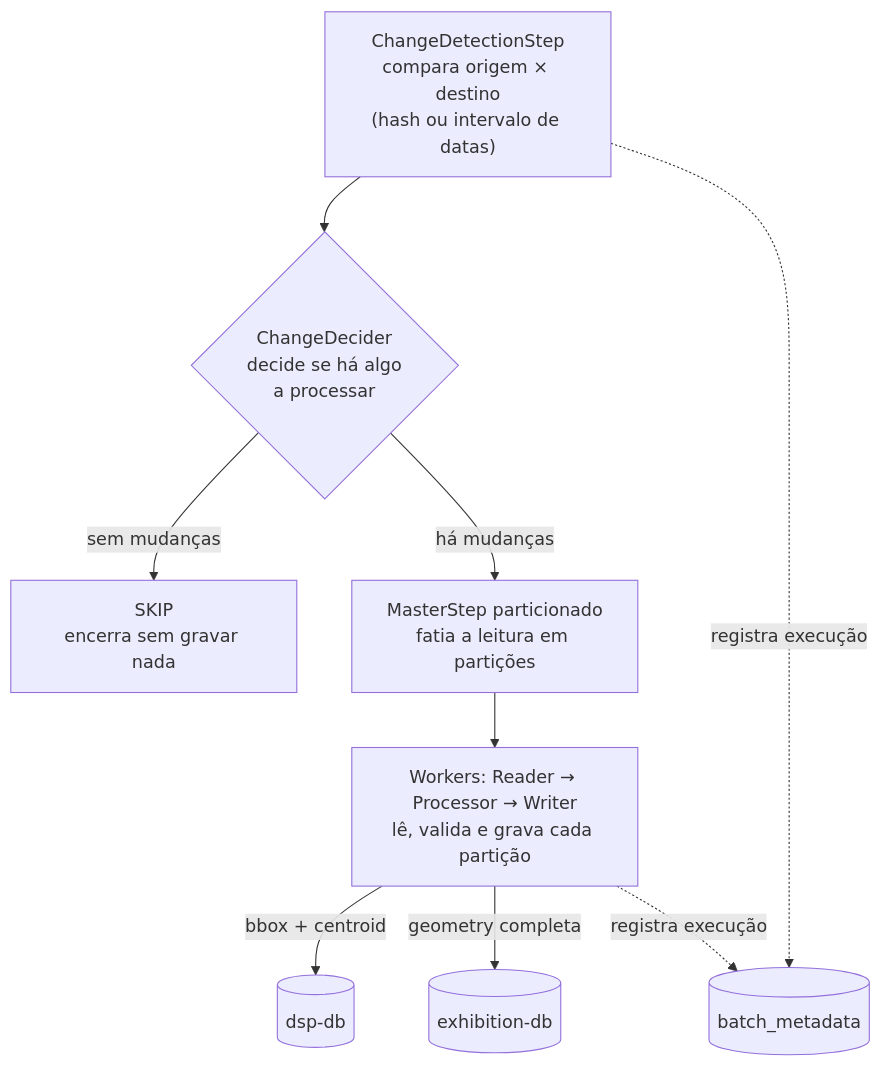
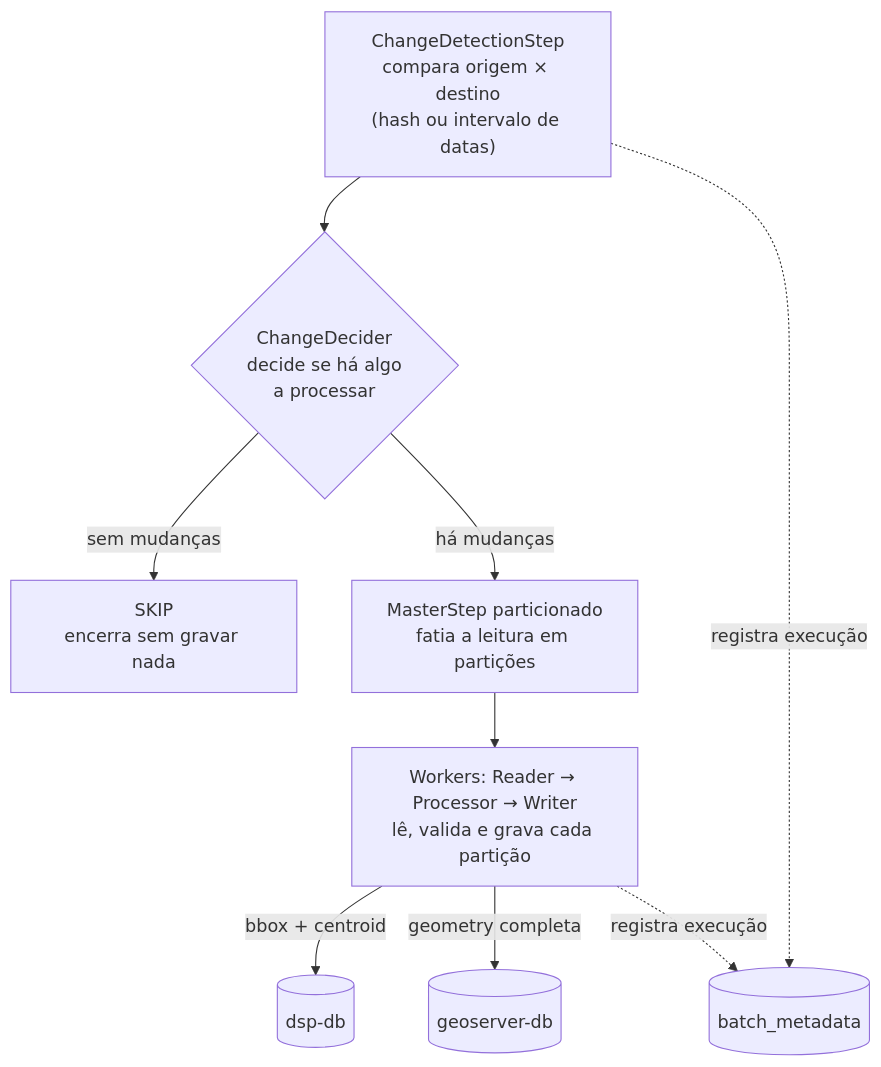
Before and after one commit to kleber-albino/rer-dsp-docs: the second of 2 diagrams in docs/modules/job-data-migration/overview.md, drawn with Mermaid. The commit also changed other lines of this file and 14 other files, not shown here.

First line of the commit message:
docs: rename ` geoserver-exhibition-db` references to `geoserver-db` across documentation

````diff
--- a/docs/modules/job-data-migration/overview.md
+++ b/docs/modules/job-data-migration/overview.md
@@ -49,11 +49,11 @@
 ```mermaid
 flowchart TD
   A["ChangeDetectionStep<br/>compara origem × destino<br/>(hash ou intervalo de datas)"] --> B{"ChangeDecider<br/>decide se há algo<br/>a processar"}
   B -->|sem mudanças| C["SKIP<br/>encerra sem gravar nada"]
   B -->|há mudanças| D["MasterStep particionado<br/>fatia a leitura em partições"]
   D --> E["Workers: Reader → Processor → Writer<br/>lê, valida e grava cada partição"]
   E -->|bbox + centroid| F1[(dsp-db)]
-  E -->|geometry completa| F2[(exhibition-db)]
+  E -->|geometry completa| F2[(geoserver-db)]
   A -.->|registra execução| M[(batch_metadata)]
   E -.->|registra execução| M
 ```
````
